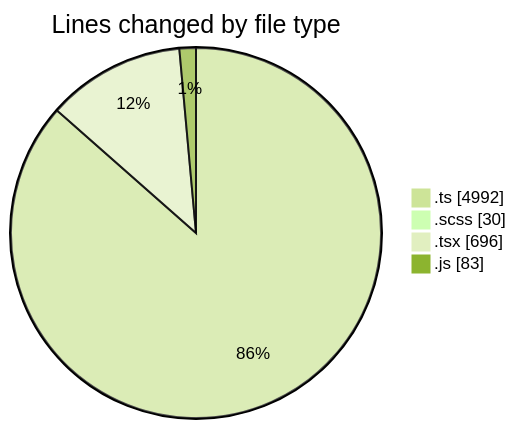
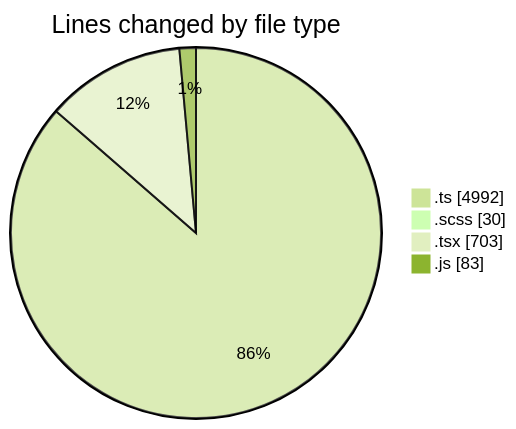
One commit to momahboobian/code-tracking changed the first of 2 diagrams in 2025-09-12/cda/README.md. Above: the diagram before and after it, drawn with Mermaid (forest theme). The commit also changed other lines of this file and 1 other file, not shown here.

````diff
--- a/2025-09-12/cda/README.md
+++ b/2025-09-12/cda/README.md
@@ -30,8 +30,8 @@
 ```mermaid
 pie showData
 title Lines changed by file type
 ".ts" : 4992
 ".scss" : 30
-".tsx" : 696
+".tsx" : 703
 ".js" : 83
 ```
````
